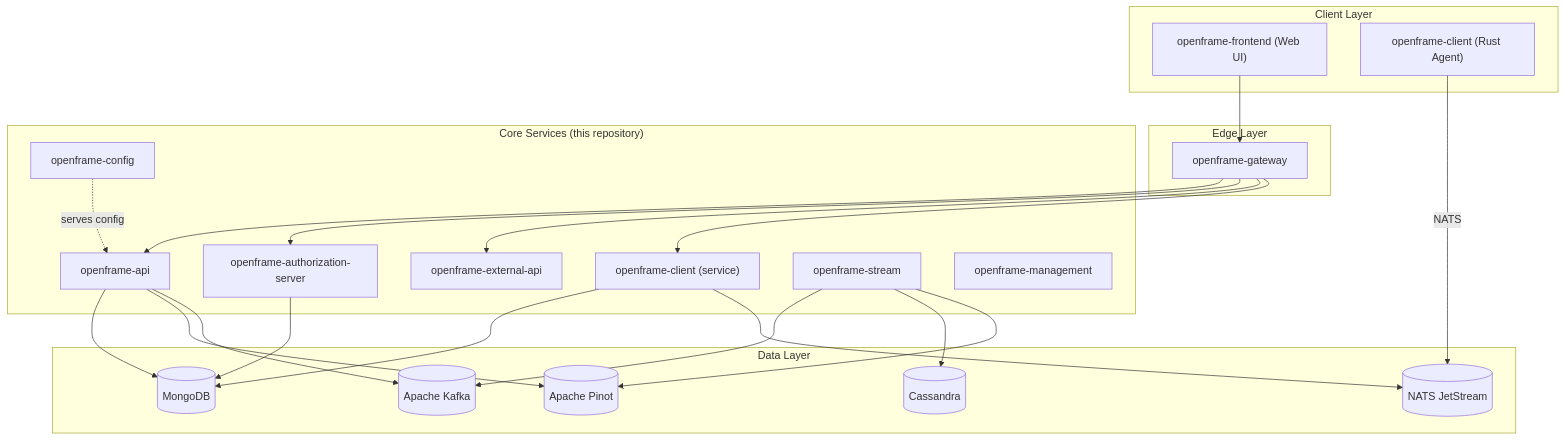
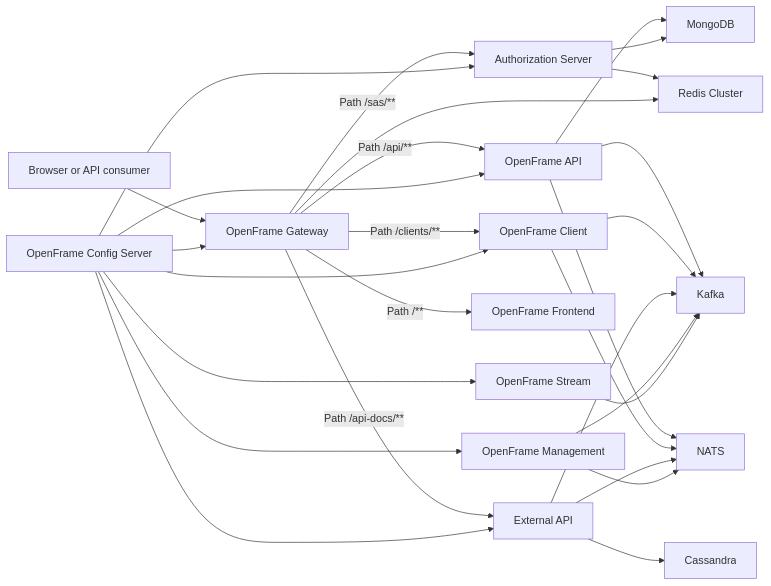
One commit to flamingo-stack/openframe-oss-tenant changed the diagram in README.md. Above: the diagram before and after it, drawn with Mermaid. The commit also changed other lines of this file and 2 other files, not shown here.

Commit message:
docs: Stage 3 - Repository documentation (7 files) [skip ci]

````diff
--- a/README.md
+++ b/README.md
@@ -34,46 +46,34 @@
 ```mermaid
-flowchart TB
-    subgraph Clients["Client Layer"]
-        FrontendUI["openframe-frontend (Web UI)"]
-        RustAgent["openframe-client (Rust Agent)"]
-    end
+flowchart LR
+    User["Browser or API consumer"] --> Gateway["OpenFrame Gateway"]
 
-    subgraph Gateway["Edge Layer"]
-        GW["openframe-gateway"]
-    end
+    Gateway -->|"Path /sas/**"| Authz["Authorization Server"]
+    Gateway -->|"Path /api/**"| Api["OpenFrame API"]
+    Gateway -->|"Path /clients/**"| Client["OpenFrame Client"]
+    Gateway -->|"Path /api-docs/**"| ExternalApi["External API"]
+    Gateway -->|"Path /**"| Frontend["OpenFrame Frontend"]
 
-    subgraph CoreServices["Core Services (this repository)"]
-        API["openframe-api"]
-        AuthServer["openframe-authorization-server"]
-        ExtAPI["openframe-external-api"]
-        ClientSvc["openframe-client (service)"]
-        StreamSvc["openframe-stream"]
-        Mgmt["openframe-management"]
-        Config["openframe-config"]
-    end
+    Config["OpenFrame Config Server"] --> Api
+    Config --> Authz
+    Config --> Client
+    Config --> ExternalApi
+    Config --> Gateway
+    Config --> Management["OpenFrame Management"]
+    Config --> Stream["OpenFrame Stream"]
 
-    subgraph DataLayer["Data Layer"]
-        Mongo[("MongoDB")]
-        Cassandra[("Cassandra")]
-        Pinot[("Apache Pinot")]
-        Kafka[("Apache Kafka")]
-        NATS[("NATS JetStream")]
-    end
+    Api --> Kafka["Kafka"]
+    Api --> Nats["NATS"]
+    Client --> Kafka
+    Client --> Nats
+    ExternalApi --> Kafka
+    ExternalApi --> Nats
+    Management --> Kafka
+    Management --> Nats
+    Stream --> Kafka
 
-    FrontendUI --> GW
-    RustAgent -->|NATS| NATS
-    GW --> API
-    GW --> AuthServer
-    GW --> ExtAPI
-    GW --> ClientSvc
-    API --> Mongo
-    API --> Pinot
-    API --> Kafka
-    StreamSvc --> Kafka
-    StreamSvc --> Cassandra
-    StreamSvc --> Pinot
-    ClientSvc --> Mongo
-    ClientSvc --> NATS
-    AuthServer --> Mongo
-    Config -.->|serves config| API
+    Api --> Mongo["MongoDB"]
+    Authz --> Mongo
+    Authz --> Redis["Redis Cluster"]
+    ExternalApi --> Cassandra["Cassandra"]
+    Gateway --> Redis
 ```
````
